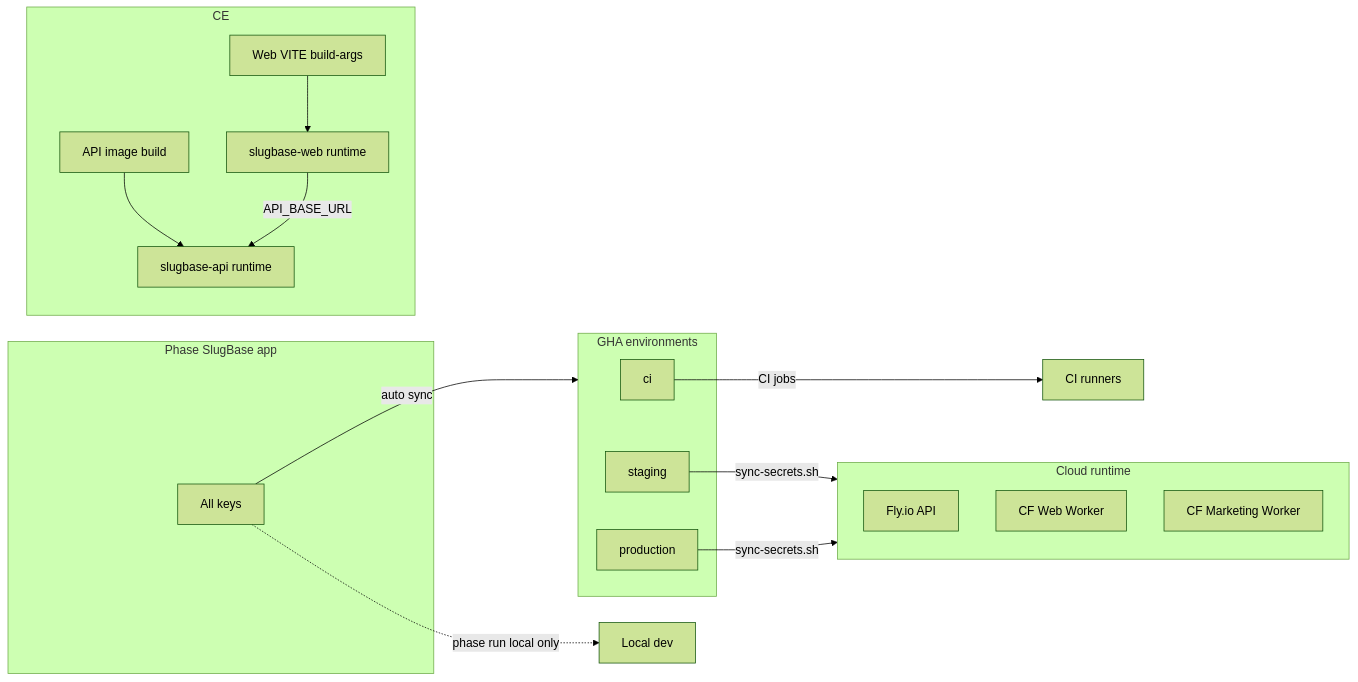
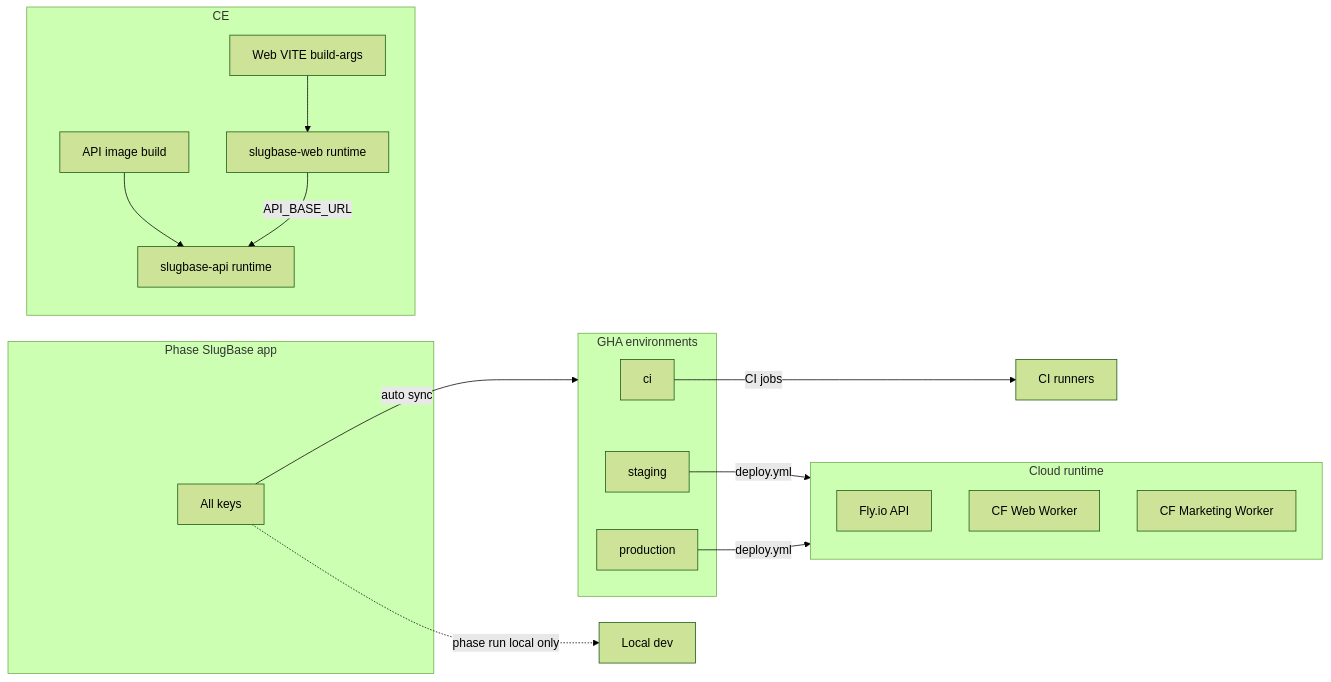
The diagram in docs/internal/environment-variables.md (mdg-labs/slugbase), drawn with Mermaid (forest theme) before and after one commit. The commit also changed other lines of this file and 49 other files, not shown here.

````diff
--- a/docs/internal/environment-variables.md
+++ b/docs/internal/environment-variables.md
@@ -170,30 +170,30 @@
 ```mermaid
 flowchart LR
   subgraph phase [Phase SlugBase app]
     keys[All keys]
   end
   subgraph gha [GHA environments]
     ciEnv[ci]
     stgEnv[staging]
     prodEnv[production]
   end
   subgraph cloud [Cloud runtime]
     fly[Fly.io API]
     webWorker[CF Web Worker]
     mktWorker[CF Marketing Worker]
   end
   subgraph ce [CE]
     apiBuild[API image build]
     webBuild[Web VITE build-args]
     apiContainer[slugbase-api runtime]
     webContainer[slugbase-web runtime]
   end
   keys -->|auto sync| gha
   ciEnv -->|CI jobs| ciRunner[CI runners]
-  stgEnv -->|sync-secrets.sh| cloud
-  prodEnv -->|sync-secrets.sh| cloud
+  stgEnv -->|deploy.yml| cloud
+  prodEnv -->|deploy.yml| cloud
   keys -.->|phase run local only| localDev[Local dev]
   apiBuild --> apiContainer
   webBuild --> webContainer
   webContainer -->|API_BASE_URL| apiContainer
 ```
````
